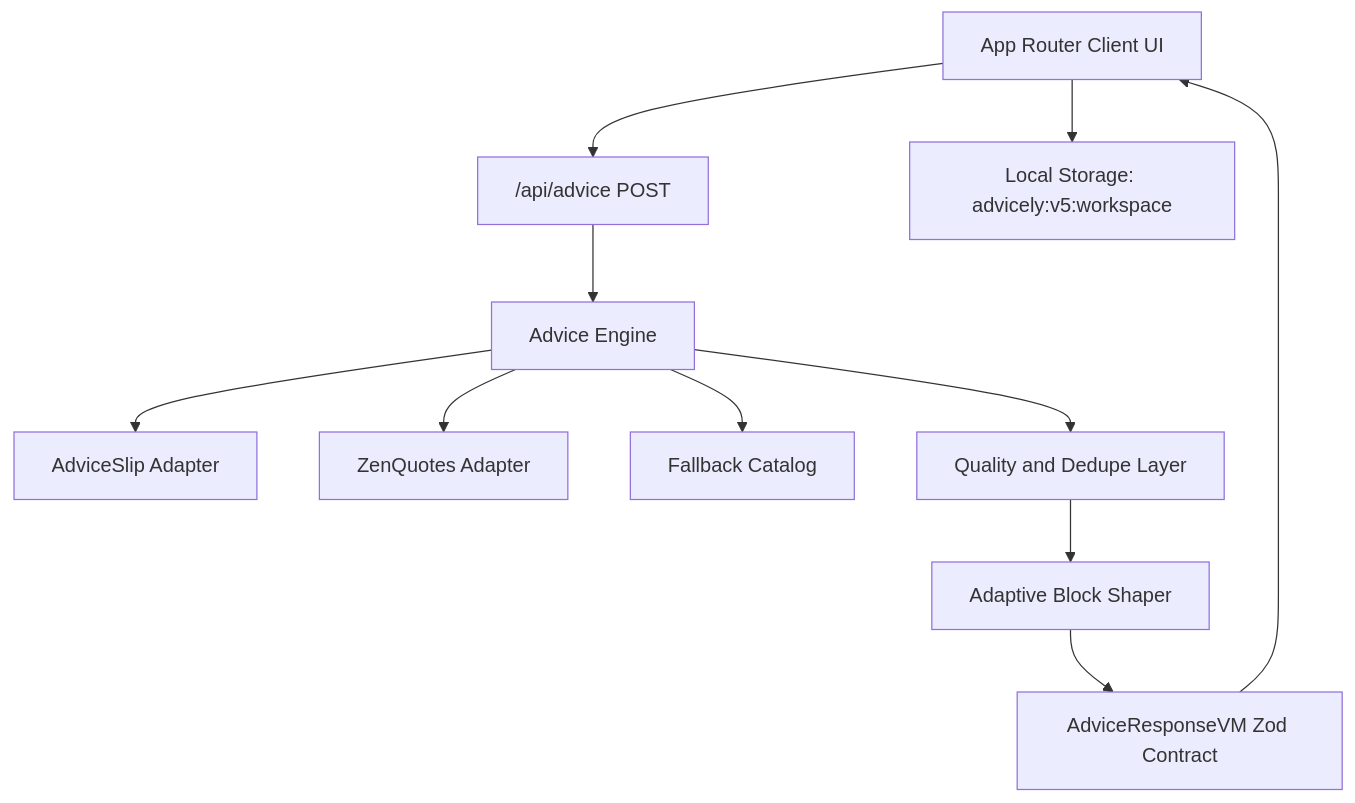
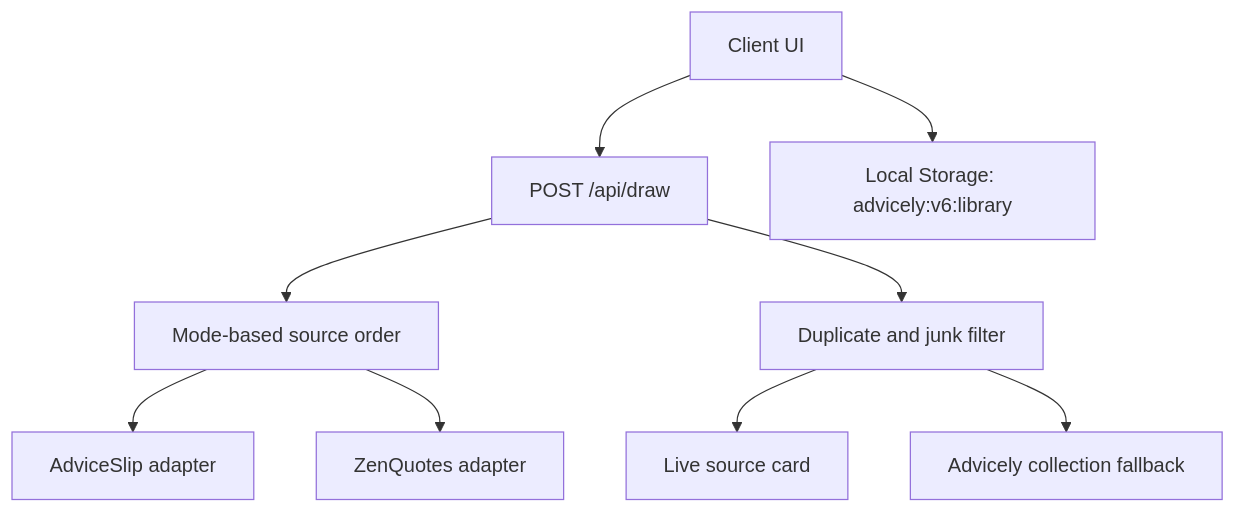
Before and after one commit to AibSyed/advicely: the diagram in docs/architecture.md, drawn with Mermaid. The commit also changed other lines of this file and 52 other files, not shown here.

Commit message:
rebuild advicely as an honesty-first draw deck (#17)

````diff
--- a/docs/architecture.md
+++ b/docs/architecture.md
@@ -7,13 +11,11 @@
 ```mermaid
-flowchart TB
-  UI["App Router Client UI"] --> API["/api/advice POST"]
-  API --> EN["Advice Engine"]
-  EN --> PRI["AdviceSlip Adapter"]
-  EN --> SEC["ZenQuotes Adapter"]
-  EN --> CAT["Fallback Catalog"]
-  EN --> QUAL["Quality and Dedupe Layer"]
-  QUAL --> SHAPE["Adaptive Block Shaper"]
-  SHAPE --> CONTRACT["AdviceResponseVM Zod Contract"]
-  CONTRACT --> UI
-  UI --> STORE["Local Storage: advicely:v5:workspace"]
+flowchart TD
+  UI["Client UI"] --> DRAW["POST /api/draw"]
+  DRAW --> DECIDE["Mode-based source order"]
+  DECIDE --> AS["AdviceSlip adapter"]
+  DECIDE --> ZQ["ZenQuotes adapter"]
+  DRAW --> FILTER["Duplicate and junk filter"]
+  FILTER --> LIVE["Live source card"]
+  FILTER --> FALLBACK["Advicely collection fallback"]
+  UI --> STORE["Local Storage: advicely:v6:library"]
 ```
````
